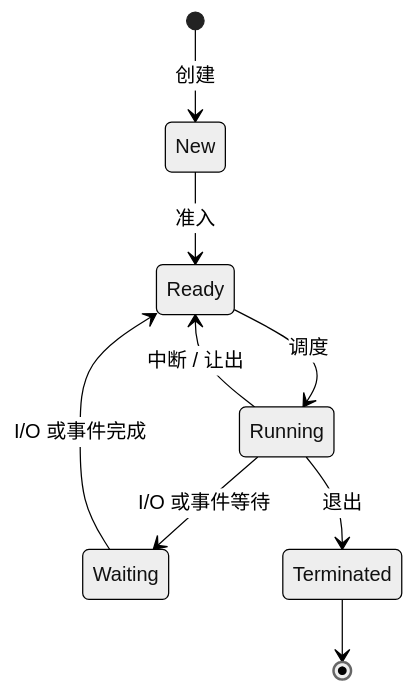
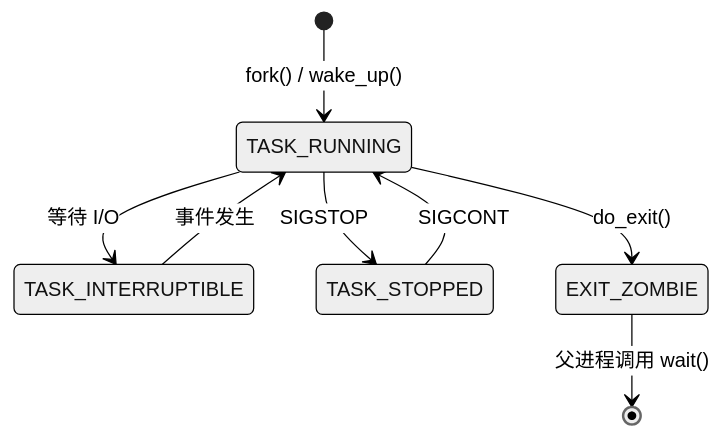
The diagram in i18n/zh-Hans/docusaurus-plugin-content-docs/current/cs/os/02-process-management.mdx (YiWang24/AiDIY), drawn with Mermaid (neutral theme) before and after one commit. The commit also changed other lines of this file and 26 other files, not shown here.

````diff
--- a/i18n/zh-Hans/docusaurus-plugin-content-docs/current/cs/os/02-process-management.mdx
+++ b/i18n/zh-Hans/docusaurus-plugin-content-docs/current/cs/os/02-process-management.mdx
@@ -18,11 +50,10 @@
 ```mermaid
 stateDiagram-v2
-    [*] --> New: 创建
-    New --> Ready: 准入
-    Ready --> Running: 调度
-    Running --> Ready: 中断 / 让出
-    Running --> Waiting: I/O 或事件等待
-    Waiting --> Ready: I/O 或事件完成
-    Running --> Terminated: 退出
-    Terminated --> [*]
+    [*] --> TASK_RUNNING: fork() / wake_up()
+    TASK_RUNNING --> TASK_INTERRUPTIBLE: 等待 I/O
+    TASK_INTERRUPTIBLE --> TASK_RUNNING: 事件发生
+    TASK_RUNNING --> TASK_STOPPED: SIGSTOP
+    TASK_STOPPED --> TASK_RUNNING: SIGCONT
+    TASK_RUNNING --> EXIT_ZOMBIE: do_exit()
+    EXIT_ZOMBIE --> [*]: 父进程调用 wait()
 ```
````
